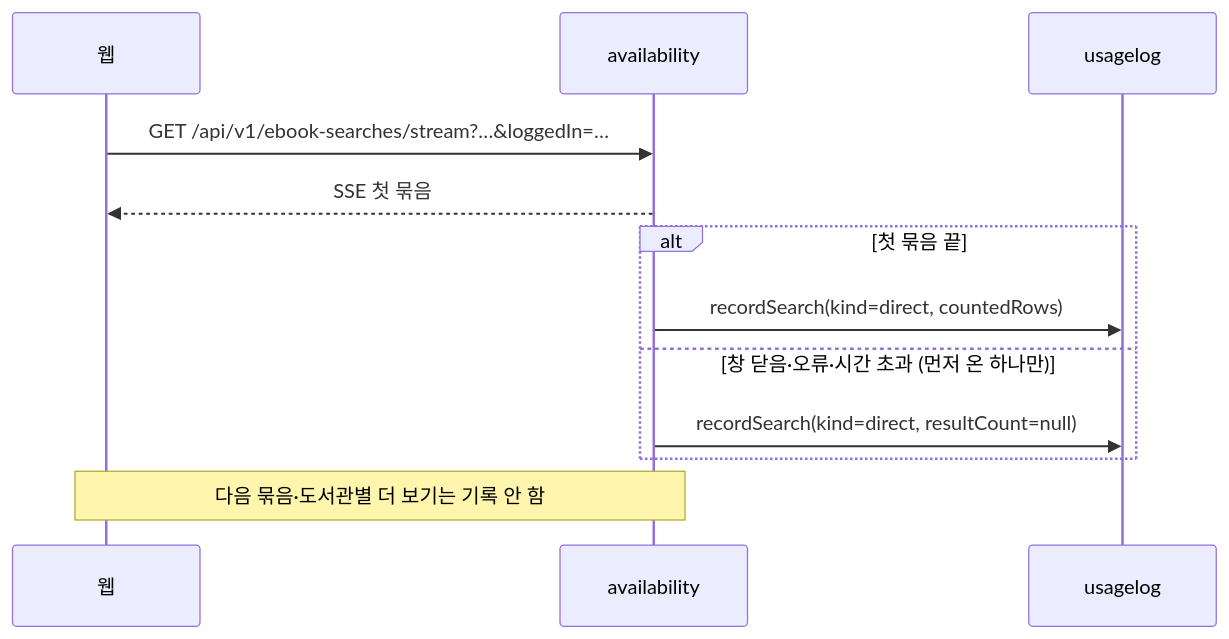
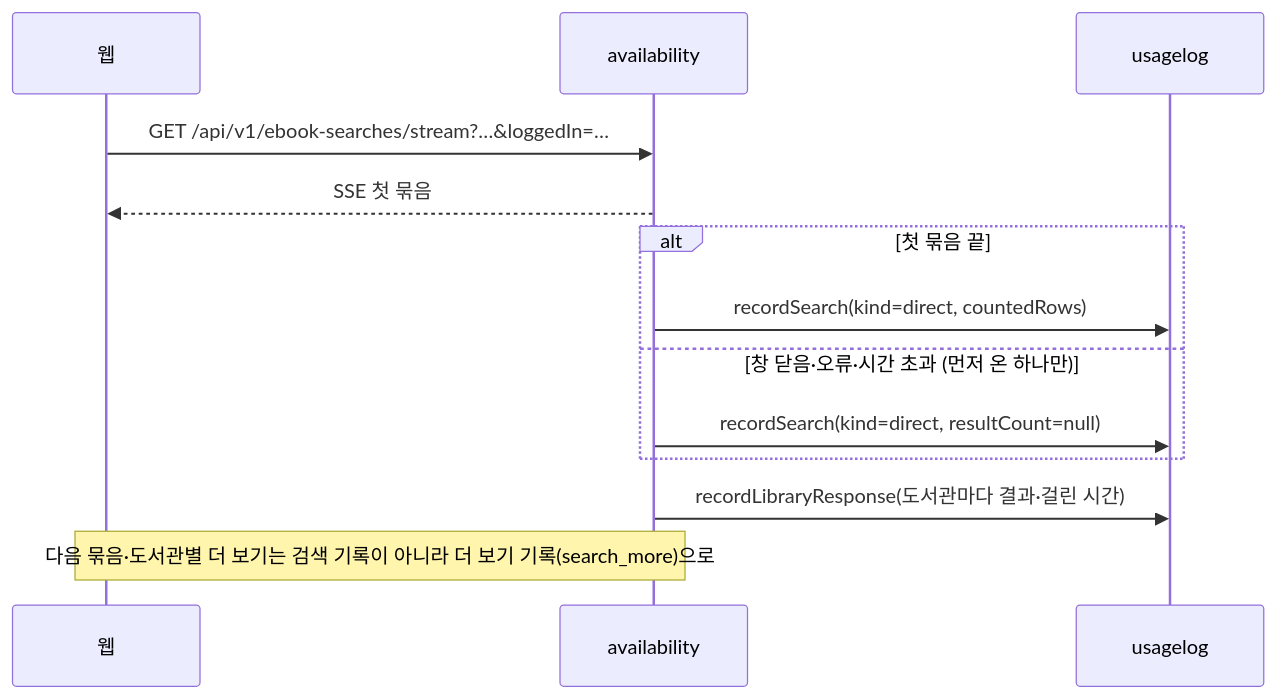
The third of 7 diagrams in docs/cycles/15-usage-log/design-delta.md (hodu-sketch/chaekcheck-plan), drawn with Mermaid before and after one commit. The commit also changed other lines of this file and 3 other files, not shown here.

````diff
--- a/docs/cycles/15-usage-log/design-delta.md
+++ b/docs/cycles/15-usage-log/design-delta.md
@@ -44,14 +47,15 @@
 ```mermaid
 sequenceDiagram
   participant W as 웹
   participant A as availability
   participant U as usagelog
   W->>A: GET /api/v1/ebook-searches/stream?…&loggedIn=…
   A-->>W: SSE 첫 묶음
   alt 첫 묶음 끝
     A->>U: recordSearch(kind=direct, countedRows)
   else 창 닫음·오류·시간 초과 (먼저 온 하나만)
     A->>U: recordSearch(kind=direct, resultCount=null)
   end
-  Note over W,A: 다음 묶음·도서관별 더 보기는 기록 안 함
+  A->>U: recordLibraryResponse(도서관마다 결과·걸린 시간)
+  Note over W,A: 다음 묶음·도서관별 더 보기는 검색 기록이 아니라 더 보기 기록(search_more)으로
 ```
````
